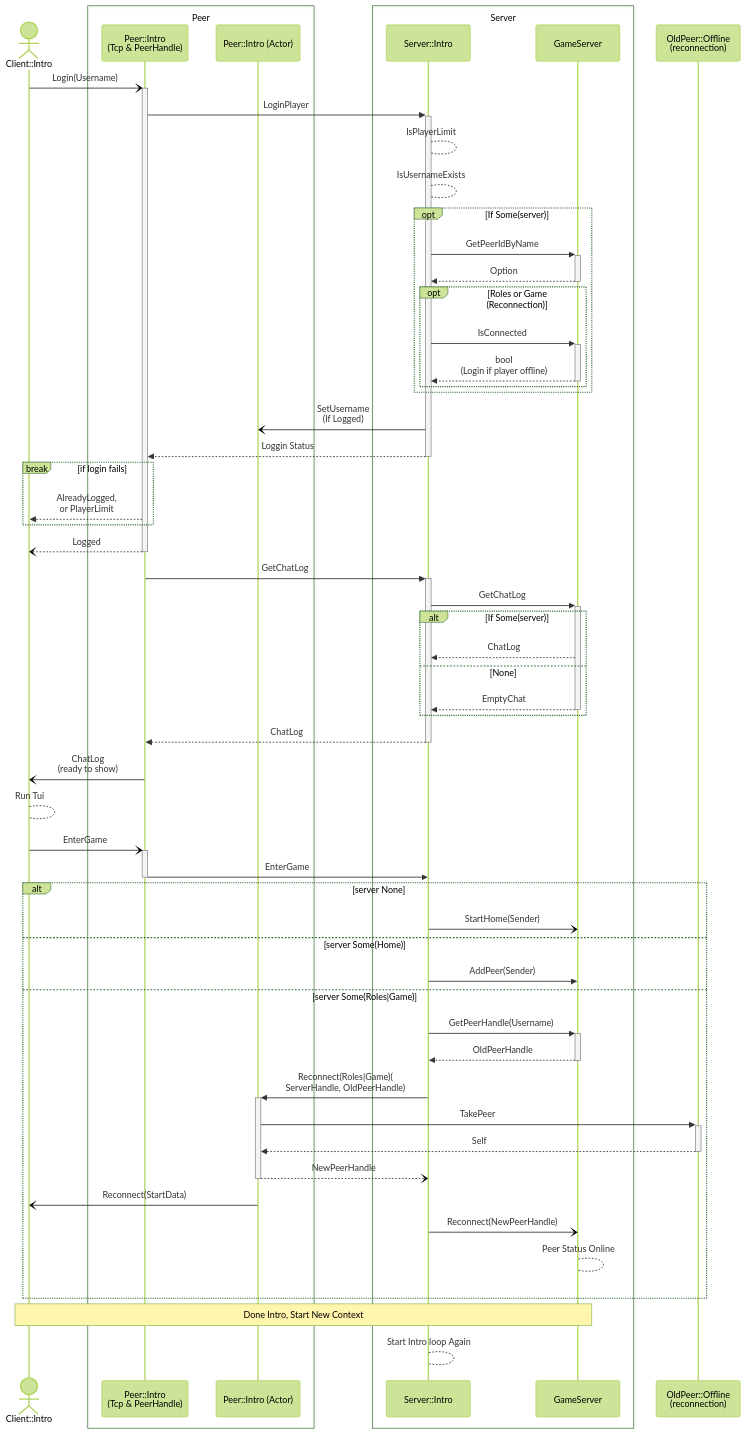
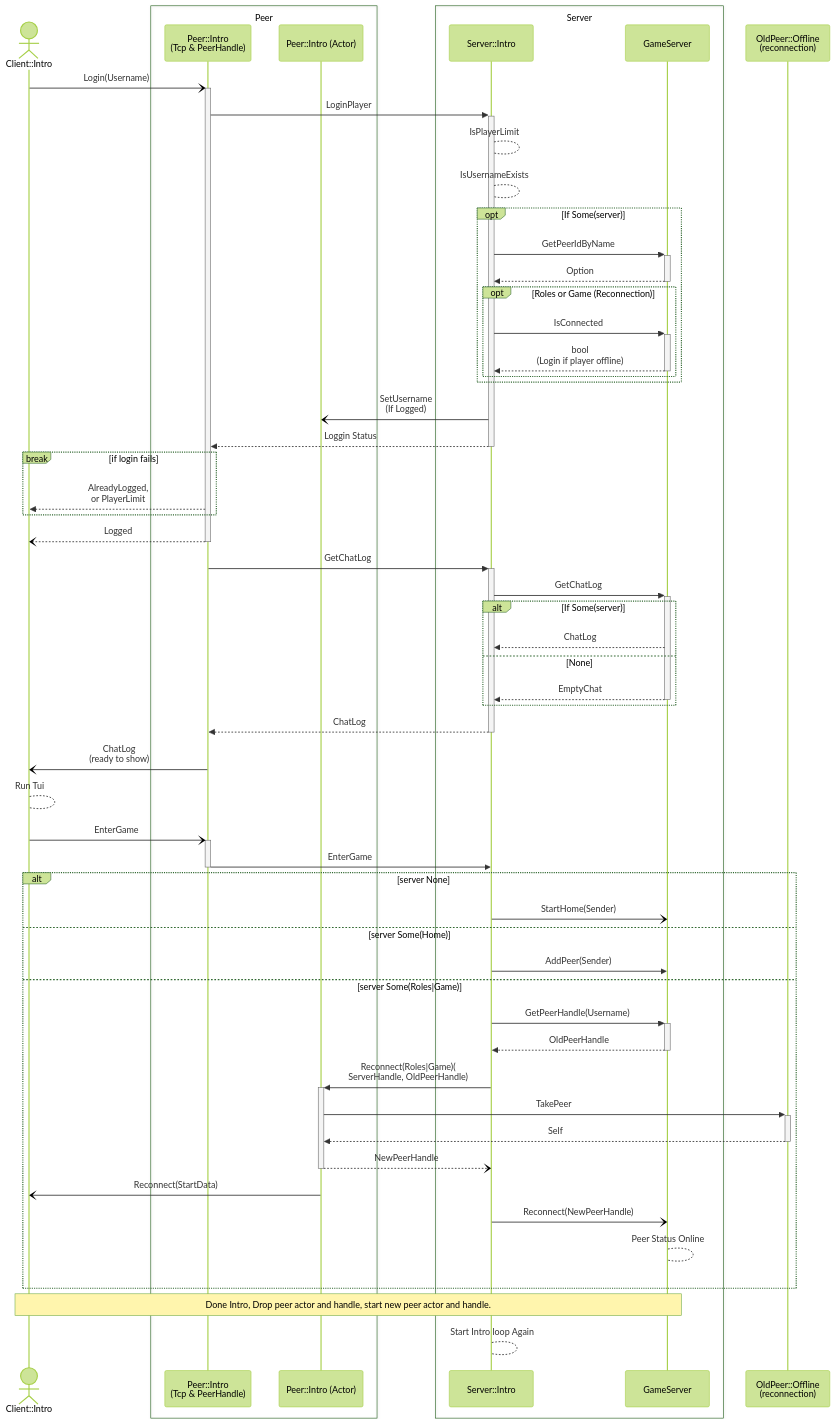
One commit to 39555/kobuleti changed the first of 2 diagrams in README.md. Above: the diagram before and after it, drawn with Mermaid (forest theme). The commit also changed other lines of this file, not shown here.

Commit message:
docs: mermaid for Home

````diff
--- a/README.md
+++ b/README.md
@@ -10,70 +10,70 @@
 ```mermaid
 sequenceDiagram
     actor C as Client::Intro
     box Peer
         participant PC as Peer::Intro<br/>(Tcp & PeerHandle)
         participant P as Peer::Intro (Actor)
     end
     box Server
-    participant I as Server::Intro
-    participant S as GameServer
+        participant I as Server::Intro
+        participant S as GameServer
     end
     C-)+PC: Login(Username)
     PC->>+I: LoginPlayer
     I-->I:  IsPlayerLimit
     I-->I:  IsUsernameExists
     opt If Some(server)
-    I->>+S: GetPeerIdByName
-    S-->>-I: Option
+        I->>+S: GetPeerIdByName
+        S-->>-I: Option
     
     opt Roles or Game (Reconnection)
-    I->>+S:  IsConnected
-    S-->>-I: bool<br/>(Login if player offline)
+        I->>+S:  IsConnected
+        S-->>-I: bool<br/>(Login if player offline)
     end
     end
 
     I-)P: SetUsername<br/>(If Logged)
 
     I-->>-PC: Loggin Status
 
     break if login fails
         PC-->>C: AlreadyLogged,<br/> or PlayerLimit
     end
 
 
     PC--)-C: Logged
     PC->>+I: GetChatLog
     I->>+S: GetChatLog
     alt If Some(server)
         S-->>I: ChatLog
     else  None
         S-->>-I: EmptyChat
     end
     I-->>-PC: ChatLog
     PC-)C: ChatLog<br/>(ready to show)
     C-->C: Run Tui
     C -)+PC: EnterGame
     # end Intro
     PC->>-I: EnterGame
     alt server None
-    I-)S: StartHome(Sender)
+        I-)S: StartHome(Sender)
     else server Some(Home)
-    I->>S: AddPeer(Sender)
+        I->>S: AddPeer(Sender)
     else server Some(Roles|Game)
-    I->>+S: GetPeerHandle(Username)
-    S-->>-I: OldPeerHandle
+        I->>+S: GetPeerHandle(Username)
+        S-->>-I: OldPeerHandle
     participant PS as OldPeer::Offline<br/>(reconnection)
     I->>+P: Reconnect(Roles|Game)(<br/>ServerHandle, OldPeerHandle)
     P->>+PS: TakePeer
     PS-->>-P: Self
     # destroy Ps
     P--)-I: NewPeerHandle
     P-)C: Reconnect(StartData)
     I-)S: Reconnect(NewPeerHandle)
     S-->S: Peer Status Online
     end
-    Note over C, S: Done Intro, Start New Context
+    Note over C, S: Done Intro, Drop peer actor and handle, start new peer actor and handle.
     I-->I: Start Intro loop Again
     
     
 ```
````
